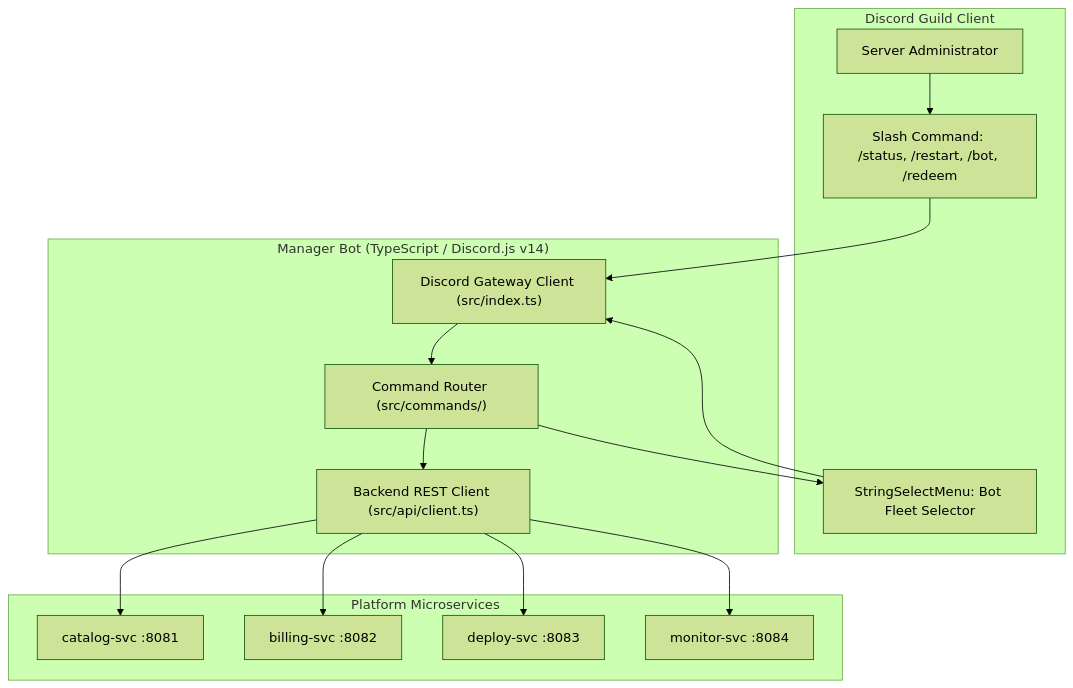
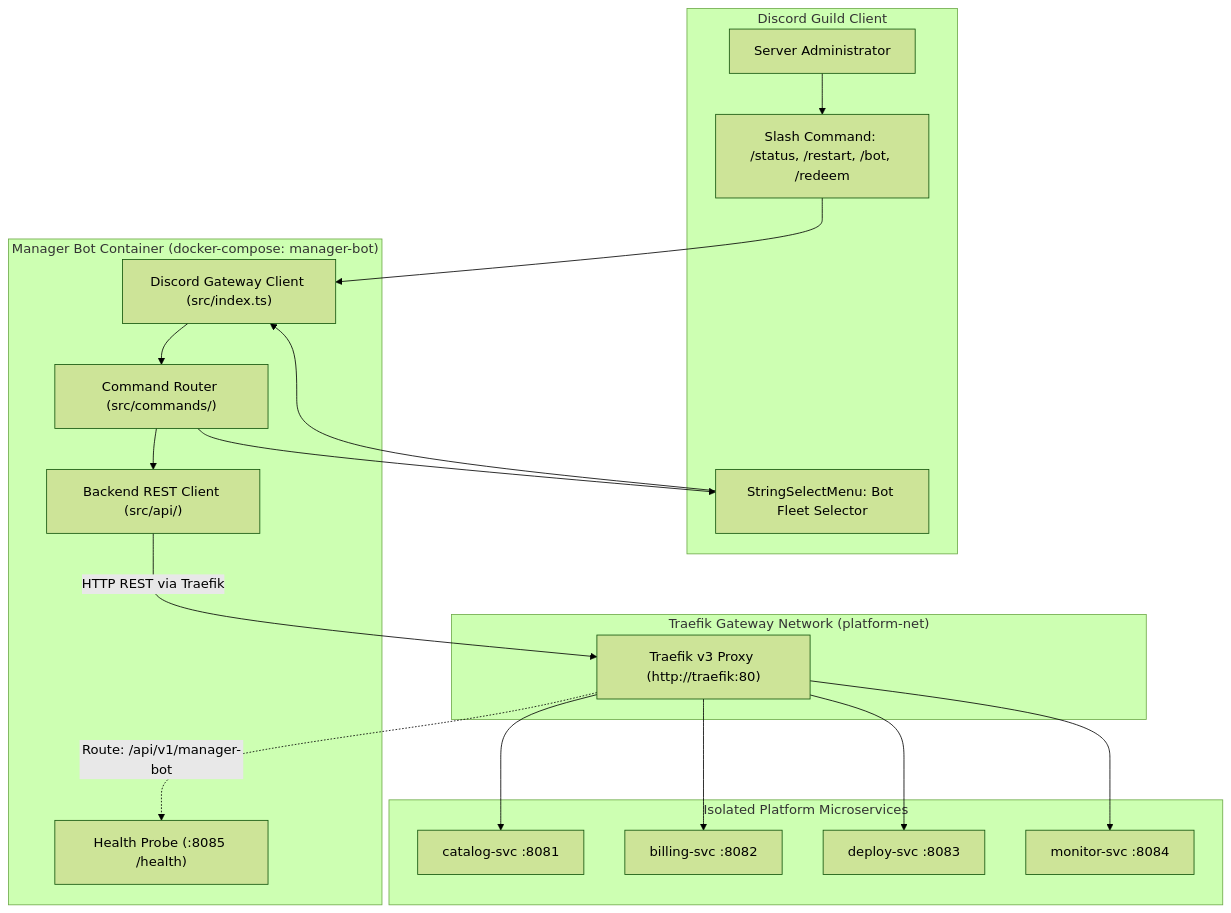
Before and after one commit to Abdo30004/discord-subscriptions: the first of 2 diagrams in docs/MANAGER_BOT.md, drawn with Mermaid (forest theme). The commit also changed other lines of this file and 2 other files, not shown here.

Commit message:
docs(changelog): document manager-bot container execution and Traefik reverse proxy networking

````diff
--- a/docs/MANAGER_BOT.md
+++ b/docs/MANAGER_BOT.md
@@ -11,29 +11,36 @@
 ```mermaid
 flowchart TD
     subgraph DiscordUI ["Discord Guild Client"]
         AdminUser["Server Administrator"]
         SlashCmd["Slash Command: /status, /restart, /bot, /redeem"]
         Dropdown["StringSelectMenu: Bot Fleet Selector"]
     end
 
-    subgraph ManagerBotCore ["Manager Bot (TypeScript / Discord.js v14)"]
+    subgraph ManagerBotCore ["Manager Bot Container (docker-compose: manager-bot)"]
         Gateway["Discord Gateway Client (src/index.ts)"]
         CmdRouter["Command Router (src/commands/)"]
-        APIClient["Backend REST Client (src/api/client.ts)"]
+        APIClient["Backend REST Client (src/api/)"]
+        HealthServer["Health Probe (:8085 /health)"]
     end
 
-    subgraph BackendServices ["Platform Microservices"]
+    subgraph TraefikMesh ["Traefik Gateway Network (platform-net)"]
+        TraefikGateway["Traefik v3 Proxy (http://traefik:80)"]
+    end
+
+    subgraph BackendServices ["Isolated Platform Microservices"]
         CatalogSvc["catalog-svc :8081"]
         BillingSvc["billing-svc :8082"]
         DeploySvc["deploy-svc :8083"]
         MonitorSvc["monitor-svc :8084"]
     end
 
     AdminUser --> SlashCmd
     SlashCmd --> Gateway
     Gateway --> CmdRouter
     CmdRouter --> APIClient
-    APIClient --> CatalogSvc & BillingSvc & DeploySvc & MonitorSvc
+    APIClient -->|HTTP REST via Traefik| TraefikGateway
+    TraefikGateway --> CatalogSvc & BillingSvc & DeploySvc & MonitorSvc
+    TraefikGateway -.->|Route: /api/v1/manager-bot| HealthServer
     CmdRouter --> Dropdown
     Dropdown --> Gateway
 ```
````
